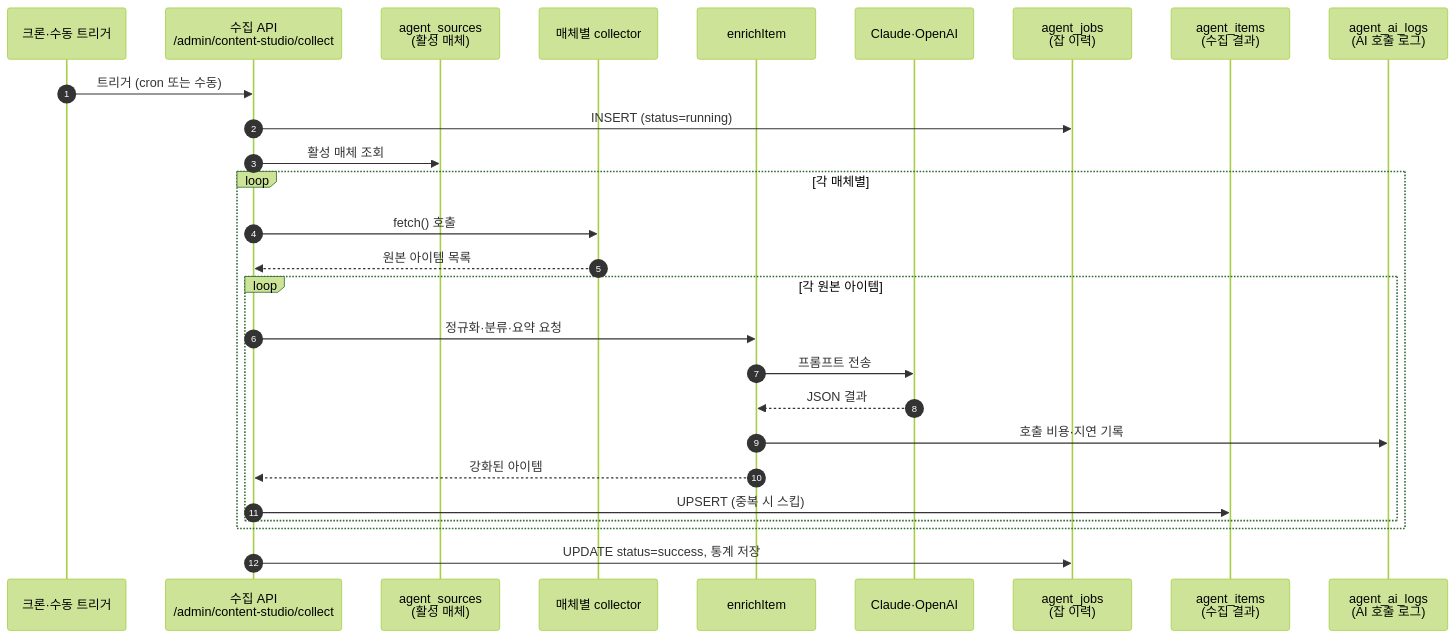
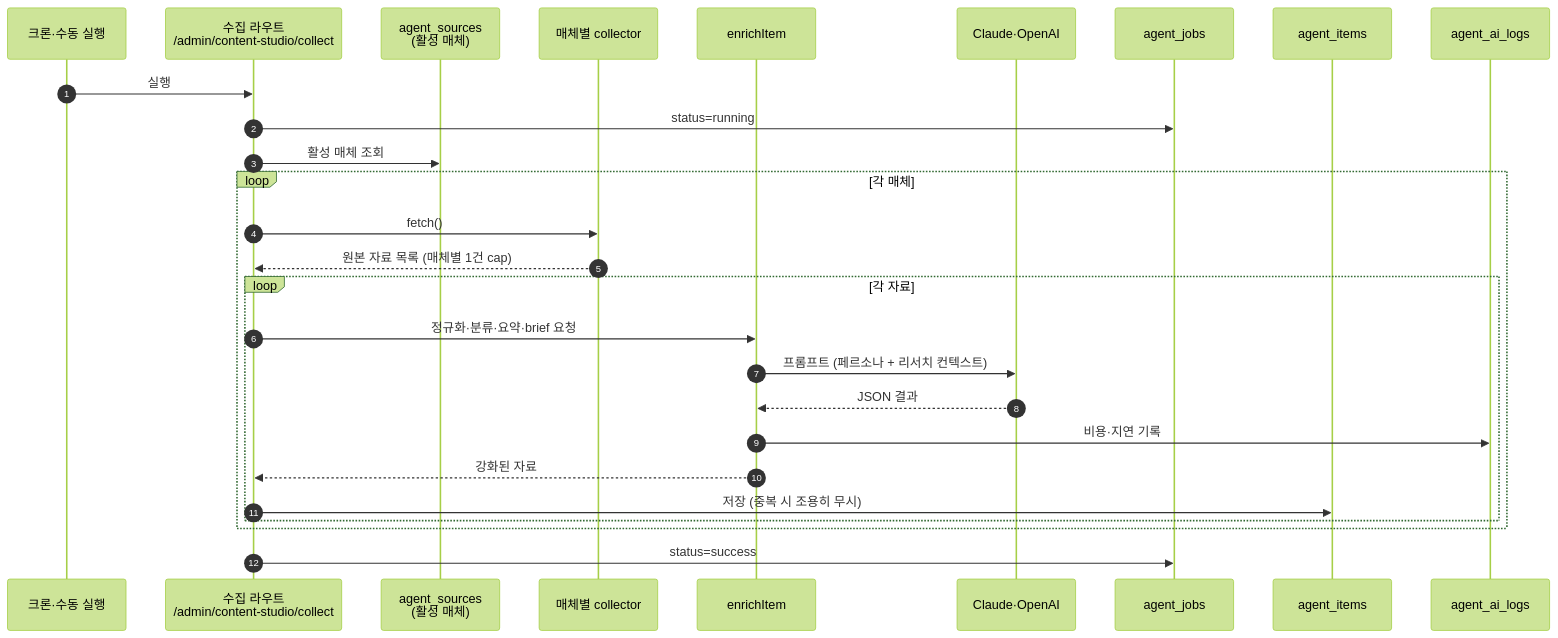
One commit to giveneeds/give-randing changed the fifth of 9 diagrams in docs/content-studio-pipeline-spec.md. Above: the diagram before and after it, drawn with Mermaid (forest theme). The commit also changed other lines of this file and 15 other files, not shown here.

First line of the commit message:
feat(content-studio): 텔레그램 채택 → 2차 워크플로우 안정화 + 명세·다이어그램 갱신

````diff
--- a/docs/content-studio-pipeline-spec.md
+++ b/docs/content-studio-pipeline-spec.md
@@ -134,30 +346,30 @@
 ```mermaid
 sequenceDiagram
   autonumber
-  participant 크론 as 크론·수동 트리거
-  participant API as 수집 API<br/>/admin/content-studio/collect
+  participant 크론 as 크론·수동 실행
+  participant API as 수집 라우트<br/>/admin/content-studio/collect
   participant 매체 as agent_sources<br/>(활성 매체)
   participant 수집기 as 매체별 collector
   participant 강화 as enrichItem
   participant LLM as Claude·OpenAI
-  participant 잡 as agent_jobs<br/>(잡 이력)
-  participant 아이템 as agent_items<br/>(수집 결과)
-  participant 로그 as agent_ai_logs<br/>(AI 호출 로그)
+  participant 잡 as agent_jobs
+  participant 아이템 as agent_items
+  participant 로그 as agent_ai_logs
 
-  크론->>API: 트리거 (cron 또는 수동)
-  API->>잡: INSERT (status=running)
+  크론->>API: 실행
+  API->>잡: status=running
   API->>매체: 활성 매체 조회
-  loop 각 매체별
-    API->>수집기: fetch() 호출
-    수집기-->>API: 원본 아이템 목록
-    loop 각 원본 아이템
-      API->>강화: 정규화·분류·요약 요청
-      강화->>LLM: 프롬프트 전송
+  loop 각 매체
+    API->>수집기: fetch()
+    수집기-->>API: 원본 자료 목록 (매체별 1건 cap)
+    loop 각 자료
+      API->>강화: 정규화·분류·요약·brief 요청
+      강화->>LLM: 프롬프트 (페르소나 + 리서치 컨텍스트)
       LLM-->>강화: JSON 결과
-      강화->>로그: 호출 비용·지연 기록
-      강화-->>API: 강화된 아이템
-      API->>아이템: UPSERT (중복 시 스킵)
+      강화->>로그: 비용·지연 기록
+      강화-->>API: 강화된 자료
+      API->>아이템: 저장 (중복 시 조용히 무시)
     end
   end
-  API->>잡: UPDATE status=success, 통계 저장
+  API->>잡: status=success
 ```
````
